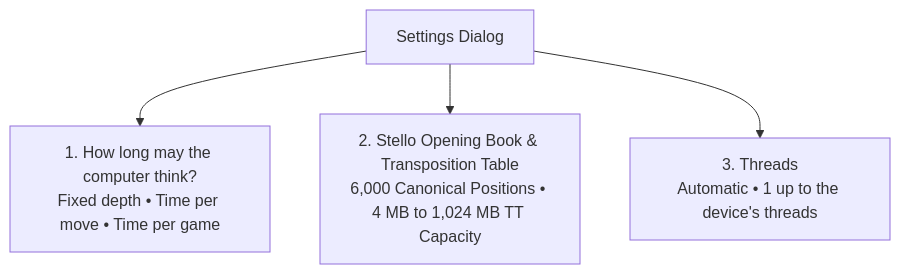
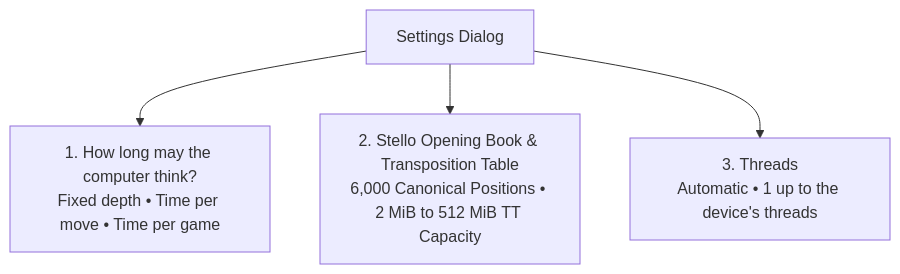
Before and after one commit to cjp-dev/Stello: the second of 2 diagrams in docs/15-gui-and-settings.md, drawn with Mermaid. The commit also changed other lines of this file and 13 other files, not shown here.

````diff
--- a/docs/15-gui-and-settings.md
+++ b/docs/15-gui-and-settings.md
@@ -180,7 +180,7 @@
 ```mermaid
 graph TD
     Settings["Settings Dialog"]
     Settings --> Section1["1. How long may the computer think?<br/>Fixed depth • Time per move • Time per game"]
-    Settings --> Section2["2. Stello Opening Book &amp; Transposition Table<br/>6,000 Canonical Positions • 4 MB to 1,024 MB TT Capacity"]
+    Settings --> Section2["2. Stello Opening Book &amp; Transposition Table<br/>6,000 Canonical Positions • 2 MiB to 512 MiB TT Capacity"]
     Settings --> Section3["3. Threads<br/>Automatic • 1 up to the device's threads"]
 ```
````
